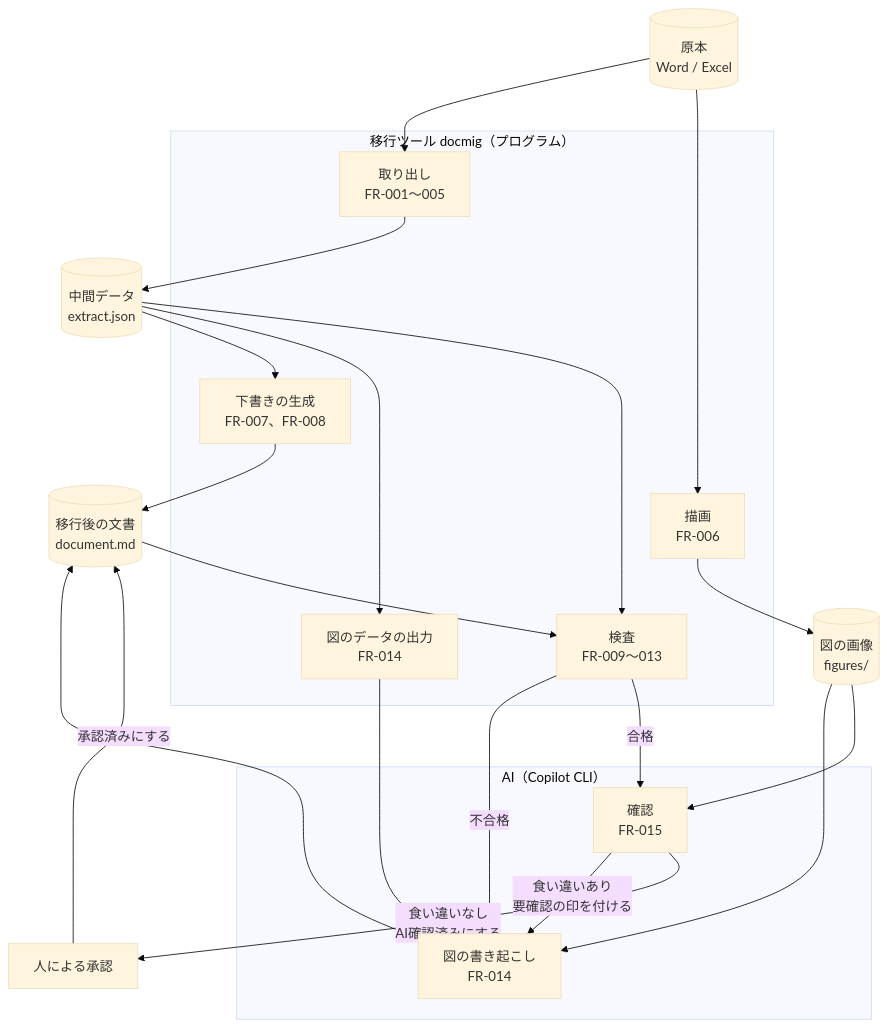
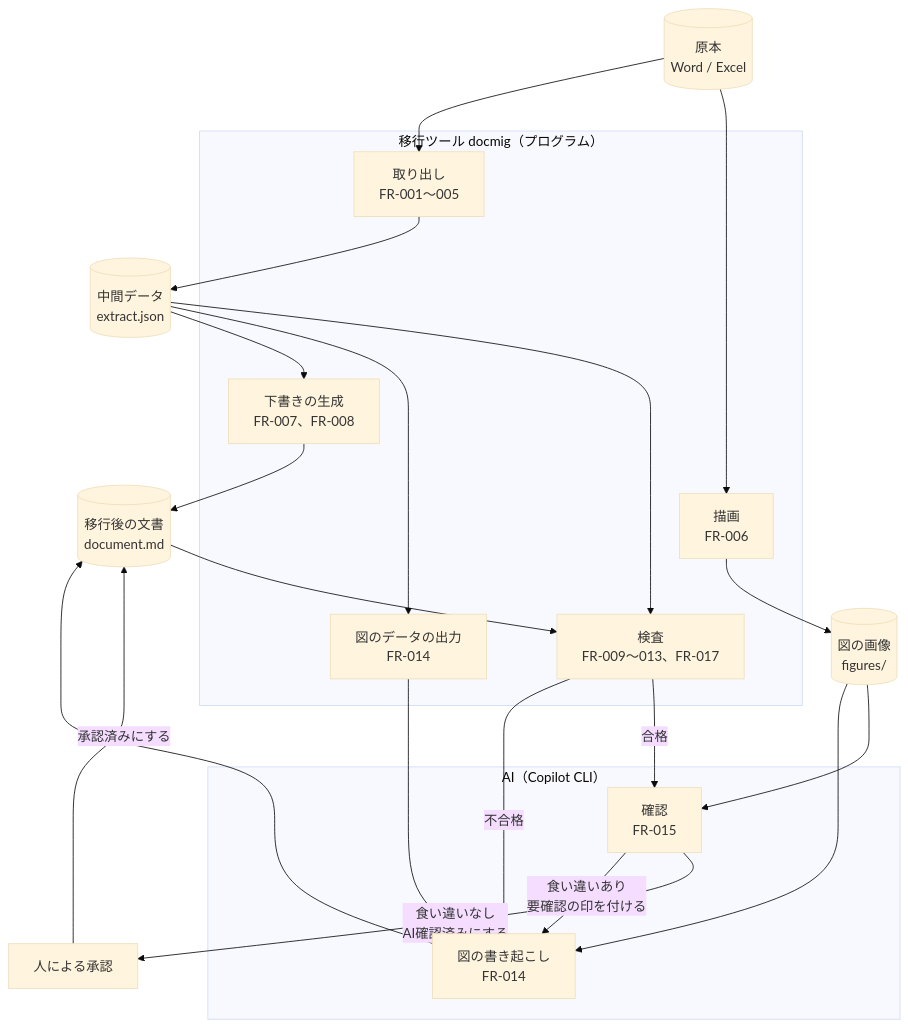
One commit to xclang-brain/ipa-ai-driven changed the first of 3 diagrams in docs/06-model.md. Above: the diagram before and after it, drawn with Mermaid (base theme). The commit also changed 14 other files, not shown here.

````diff
--- a/docs/06-model.md
+++ b/docs/06-model.md
@@ -16,33 +16,33 @@
 ```mermaid
 flowchart TD
     source[("原本<br>Word / Excel")]
     subgraph tool["移行ツール docmig（プログラム）"]
         extract["取り出し<br>FR-001〜005"]
         render["描画<br>FR-006"]
         draft["下書きの生成<br>FR-007、FR-008"]
         figure["図のデータの出力<br>FR-014"]
-        verify["検査<br>FR-009〜013"]
+        verify["検査<br>FR-009〜013、FR-017"]
     end
     subgraph ai["AI（Copilot CLI）"]
         transcribe["図の書き起こし<br>FR-014"]
         review["確認<br>FR-015"]
     end
     human["人による承認"]
     data[("中間データ<br>extract.json")]
     images[("図の画像<br>figures/")]
     document[("移行後の文書<br>document.md")]
 
     source --> extract --> data
     source --> render --> images
     data --> draft --> document
     data --> figure --> transcribe
     images --> transcribe --> document
     document --> verify
     data --> verify
     verify -->|"不合格"| transcribe
     verify -->|"合格"| review
     images --> review
     review -->|"食い違いあり<br>要確認の印を付ける"| transcribe
     review -->|"食い違いなし<br>AI確認済みにする"| human
     human -->|"承認済みにする"| document
 ```
````
